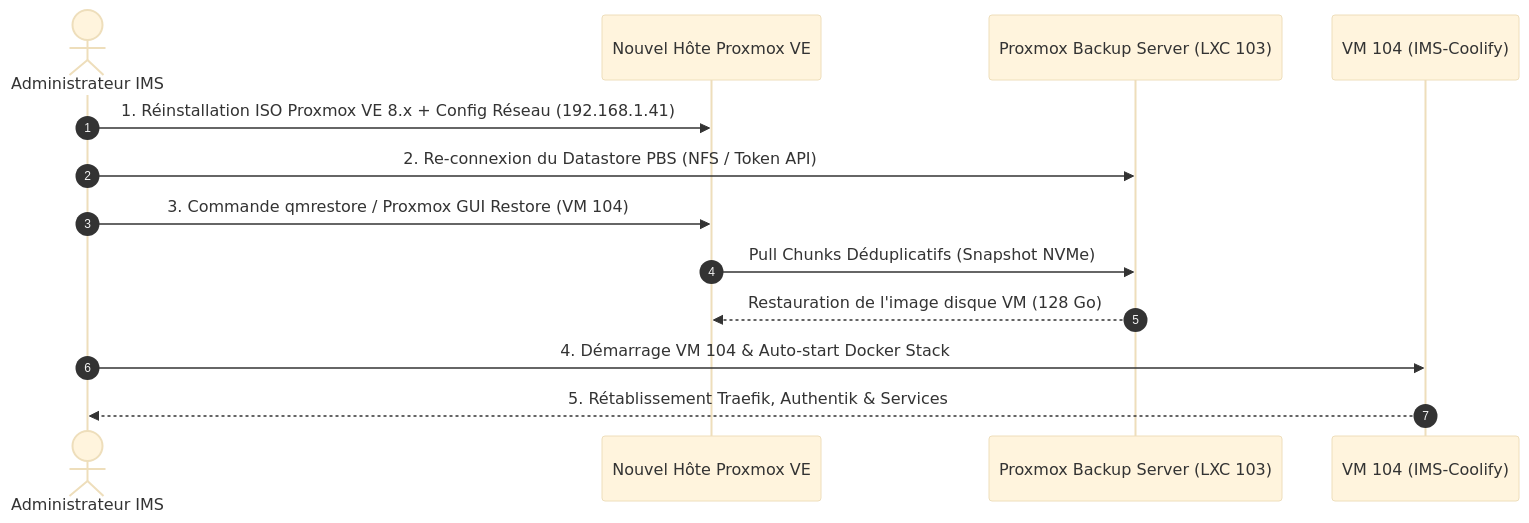
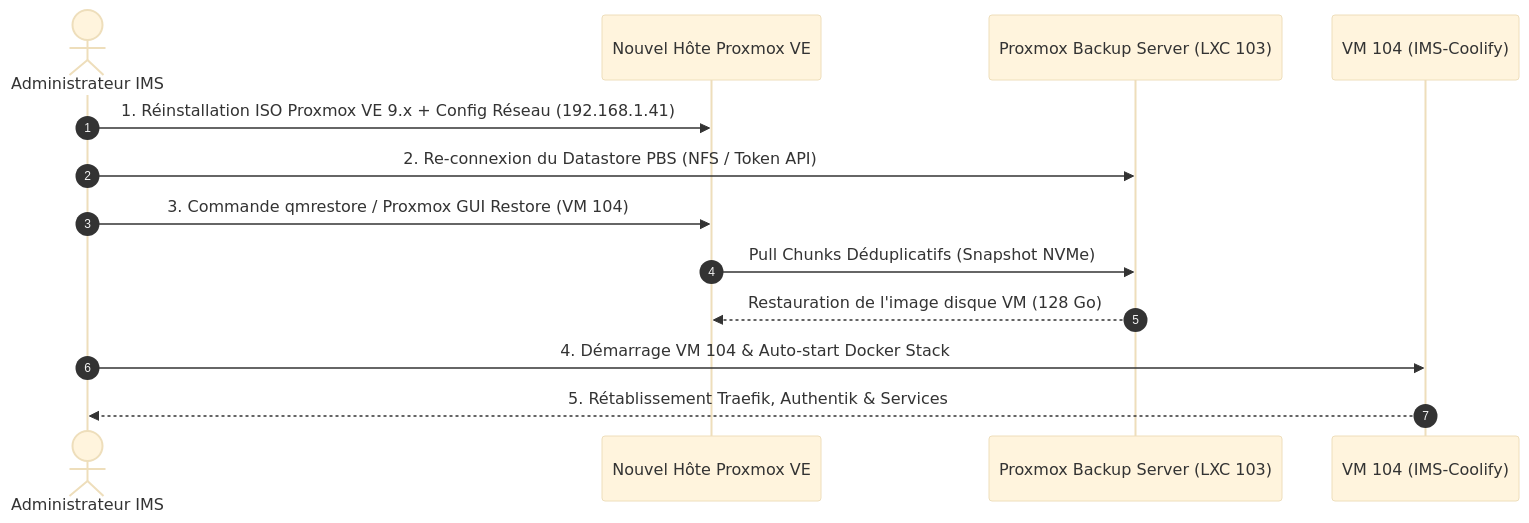
One commit to ims-world/docs changed the diagram in procedures/simulation-crash-restauration.md. Above: the diagram before and after it, drawn with Mermaid (base theme). The commit also changed other lines of this file and 14 other files, not shown here.

````diff
--- a/procedures/simulation-crash-restauration.md
+++ b/procedures/simulation-crash-restauration.md
@@ -22,16 +22,16 @@
 ```mermaid
 sequenceDiagram
     autonumber
     actor Admin as Administrateur IMS
     participant PVE as Nouvel Hôte Proxmox VE
     participant PBS as Proxmox Backup Server (LXC 103)
     participant VM as VM 104 (IMS-Coolify)
 
-    Admin->>PVE: 1. Réinstallation ISO Proxmox VE 8.x + Config Réseau (192.168.1.41)
+    Admin->>PVE: 1. Réinstallation ISO Proxmox VE 9.x + Config Réseau (192.168.1.41)
     Admin->>PBS: 2. Re-connexion du Datastore PBS (NFS / Token API)
     Admin->>PVE: 3. Commande qmrestore / Proxmox GUI Restore (VM 104)
     PVE->>PBS: Pull Chunks Déduplicatifs (Snapshot NVMe)
     PBS-->>PVE: Restauration de l'image disque VM (128 Go)
     Admin->>VM: 4. Démarrage VM 104 & Auto-start Docker Stack
     VM-->>Admin: 5. Rétablissement Traefik, Authentik & Services
 ```
````
